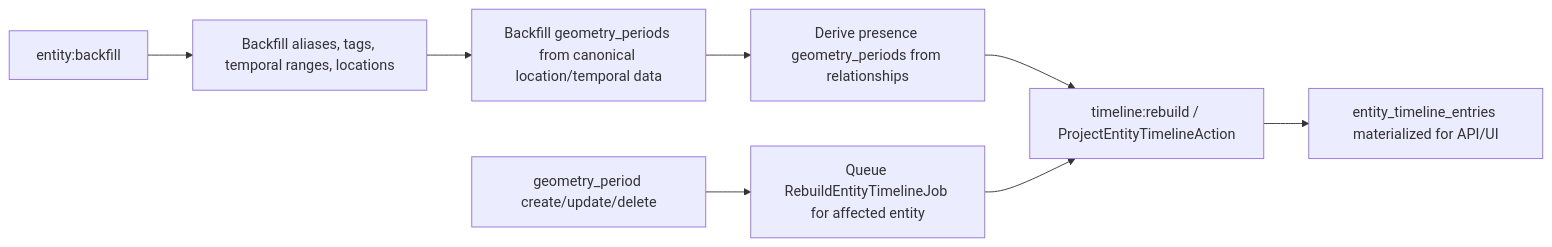
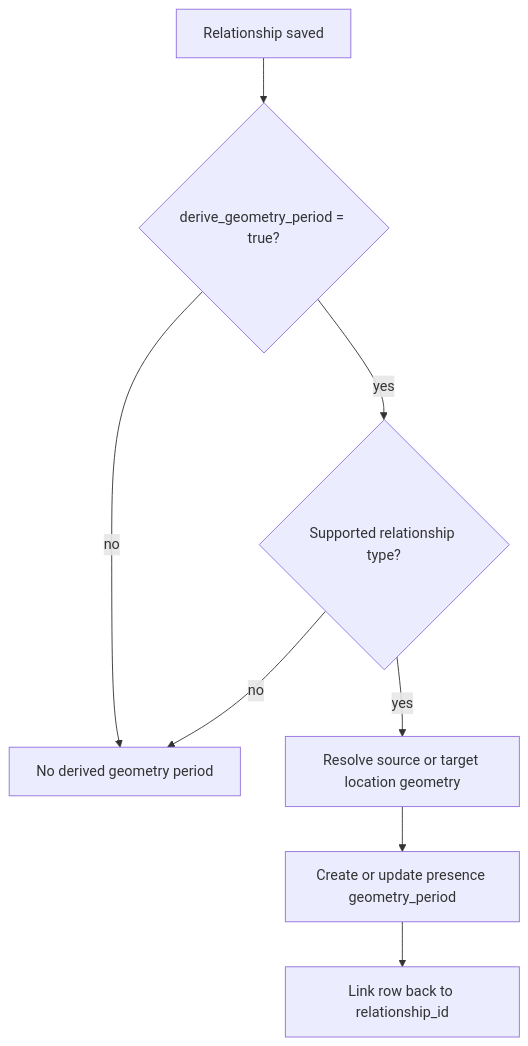
The sixth of 6 diagrams in docs/entity-model/diagrams.md (PickleSoda/history-mapped), drawn with Mermaid before and after one commit. The commit also changed other lines of this file and 18 other files, not shown here.

Commit message:
docs: update architecture references

````diff
--- a/docs/entity-model/diagrams.md
+++ b/docs/entity-model/diagrams.md
@@ -299,11 +249,10 @@
 ```mermaid
-flowchart LR
-    A[entity:backfill] --> B[Backfill aliases, tags, temporal ranges, locations]
-    B --> C[Backfill geometry_periods from canonical location/temporal data]
-    C --> D[Derive presence geometry_periods from relationships]
-    D --> E[timeline:rebuild / ProjectEntityTimelineAction]
-    E --> F[entity_timeline_entries materialized for API/UI]
-
-    G[geometry_period create/update/delete] --> H[Queue RebuildEntityTimelineJob for affected entity]
-    H --> E
+flowchart TD
+    A[Relationship saved] --> B{derive_geometry_period = true?}
+    B -- no --> C[No derived geometry period]
+    B -- yes --> D{Supported relationship type?}
+    D -- no --> C
+    D -- yes --> E[Resolve source or target location geometry]
+    E --> F[Create or update presence geometry_period]
+    F --> G[Link row back to relationship_id]
 ```
````
